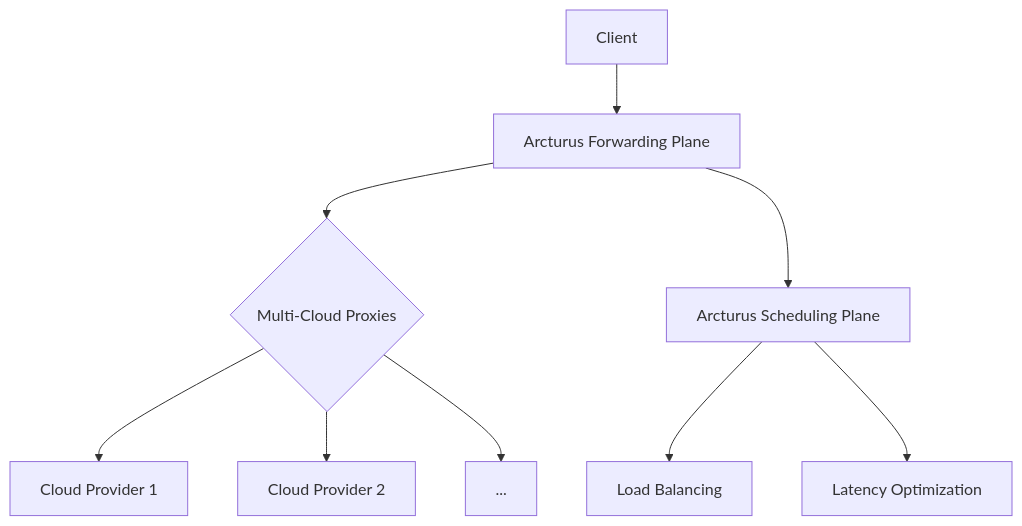
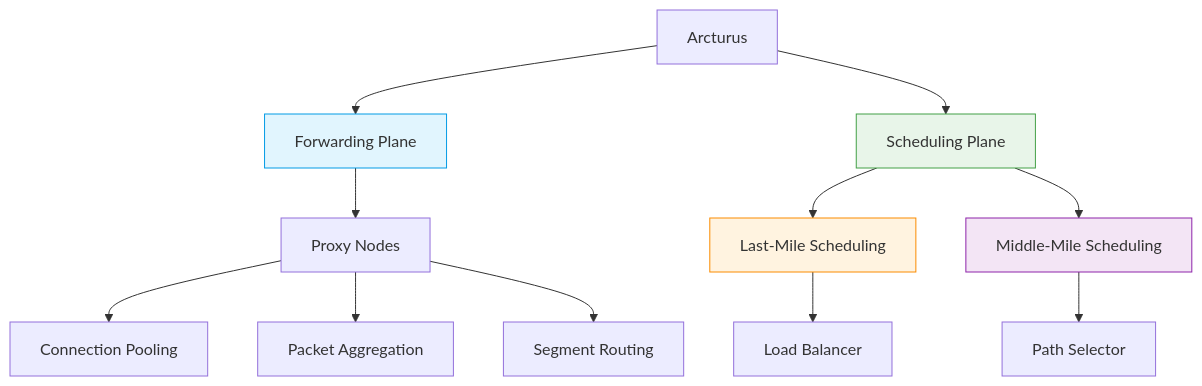
The first of 2 diagrams in README.md (Bootes2022/Arcturus), drawn with Mermaid before and after one commit. The commit also changed other lines of this file, not shown here.

````diff
--- a/README.md
+++ b/README.md
@@ -25,11 +25,24 @@
 ```mermaid
 graph TD
-    A[Client] --> B[Arcturus Forwarding Plane]
-    B --> C{Multi-Cloud Proxies}
-    C --> D[Cloud Provider 1]
-    C --> E[Cloud Provider 2]
-    C --> F[...]
-    B --> G[Arcturus Scheduling Plane]
-    G --> H[Load Balancing]
-    G --> I[Latency Optimization]
+    %% ===== Core System =====
+    A[Arcturus] --> B[Forwarding Plane]
+    A --> C[Scheduling Plane]
+    
+    %% ===== Forwarding Components =====
+    B --> D[Proxy Nodes]
+    D --> E[Connection Pooling]
+    D --> F[Packet Aggregation]
+    D --> G[Segment Routing]
+    
+    %% ===== Scheduling Components =====
+    C --> H[Last-Mile Scheduling]
+    C --> I[Middle-Mile Scheduling]
+    H --> J[Load Balancer]
+    I --> K[Path Selector]
+    
+    %% ===== Styling =====
+    style B fill:#e1f5fe,stroke:#039be5
+    style C fill:#e8f5e9,stroke:#43a047
+    style H fill:#fff3e0,stroke:#fb8c00
+    style I fill:#f3e5f5,stroke:#8e24aa
 ```
````
